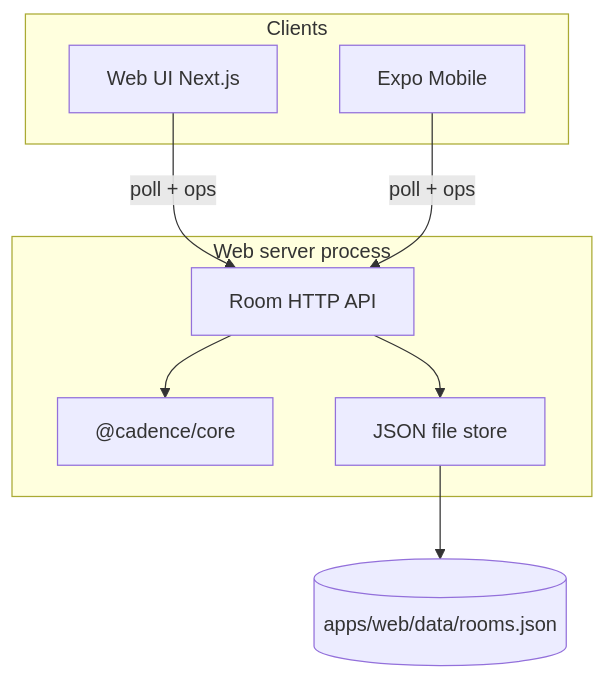
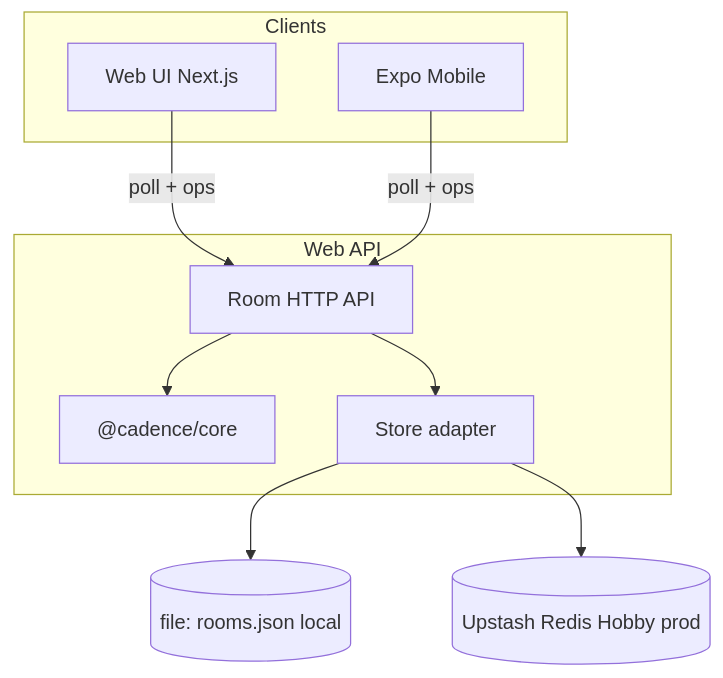
Before and after one commit to RifqiMT/pm-collaboration: the diagram in docs/ARCHITECTURE.md, drawn with Mermaid. The commit also changed other lines of this file and 19 other files, not shown here.

First line of the commit message:
Enable Vercel Hobby deploy with Upstash Redis room storage.

````diff
--- a/docs/ARCHITECTURE.md
+++ b/docs/ARCHITECTURE.md
@@ -9,17 +9,18 @@
 ```mermaid
 flowchart TB
   subgraph clients [Clients]
     WebUI[Web UI Next.js]
     Mobile[Expo Mobile]
   end
-  subgraph server [Web server process]
+  subgraph server [Web API]
     API[Room HTTP API]
     Core["@cadence/core"]
-    Store[JSON file store]
+    Store[Store adapter]
   end
   WebUI -->|poll + ops| API
   Mobile -->|poll + ops| API
   API --> Core
   API --> Store
-  Store --> Disk[(apps/web/data/rooms.json)]
+  Store --> Disk[(file: rooms.json local)]
+  Store --> Redis[(Upstash Redis Hobby prod)]
 ```
````
